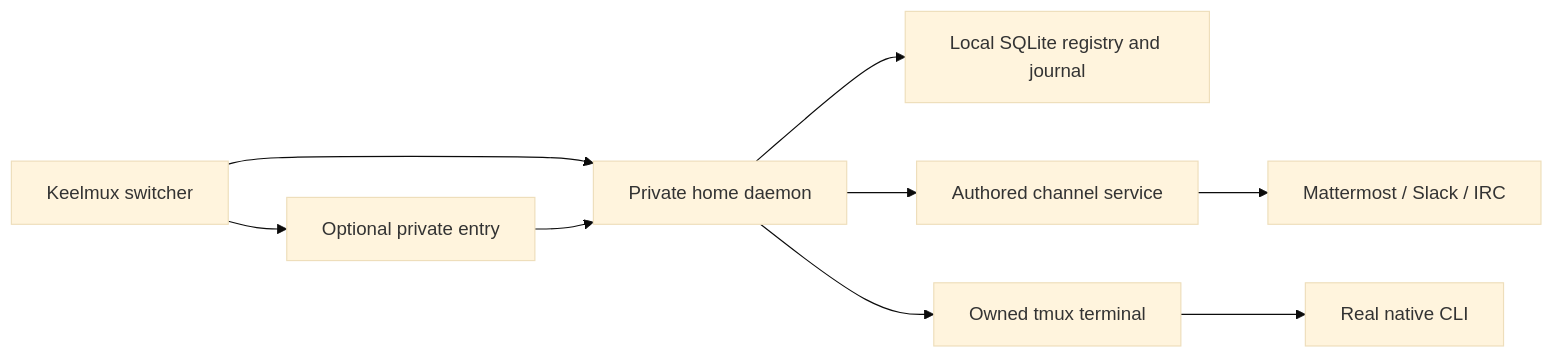
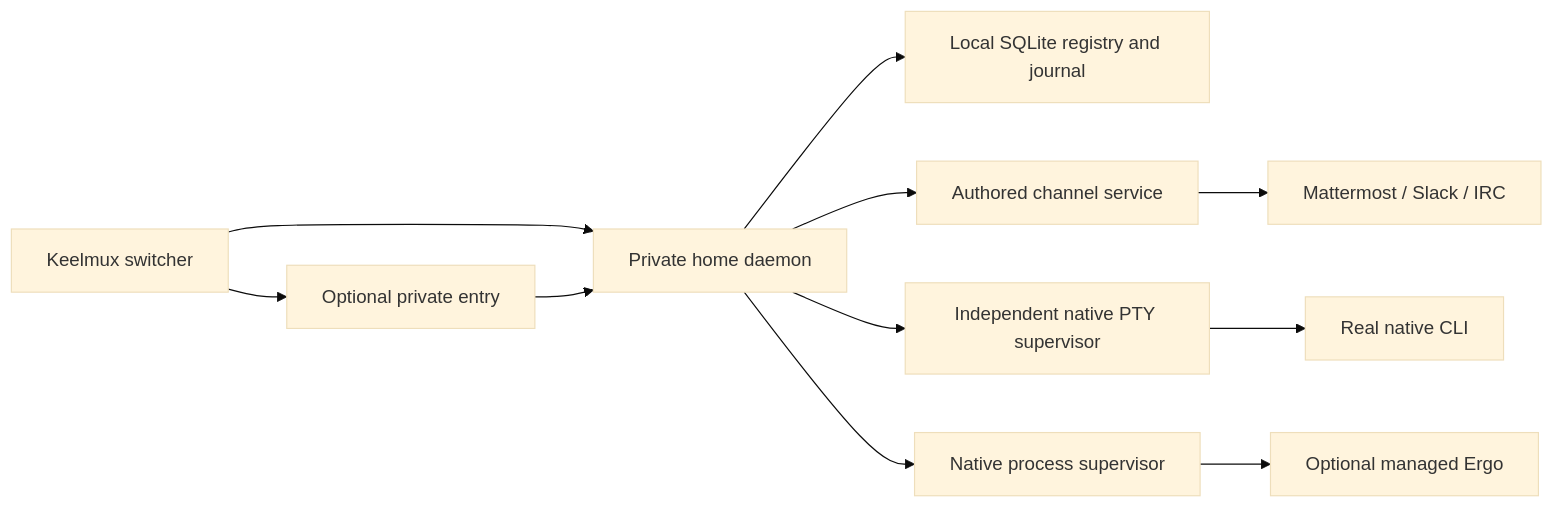
One commit to seanheiney/keelmux changed the diagram in docs/user/architecture.md. Above: the diagram before and after it, drawn with Mermaid (base theme). The commit also changed other lines of this file and 15 other files, not shown here.

Commit message:
Make native supervision the independent default with explicit IRC control

````diff
--- a/docs/user/architecture.md
+++ b/docs/user/architecture.md
@@ -5,11 +5,13 @@
 ```mermaid
 flowchart LR
   Client[Keelmux switcher] --> Home[Private home daemon]
   Entry[Optional private entry] --> Home
   Client --> Entry
   Home --> State[Local SQLite registry and journal]
   Home --> Channels[Authored channel service]
   Channels --> Chat[Mattermost / Slack / IRC]
-  Home --> Terminal[Owned tmux terminal]
+  Home --> Terminal[Independent native PTY supervisor]
+  Home --> Process[Native process supervisor]
+  Process --> IRC[Optional managed Ergo]
   Terminal --> CLI[Real native CLI]
 ```
````
